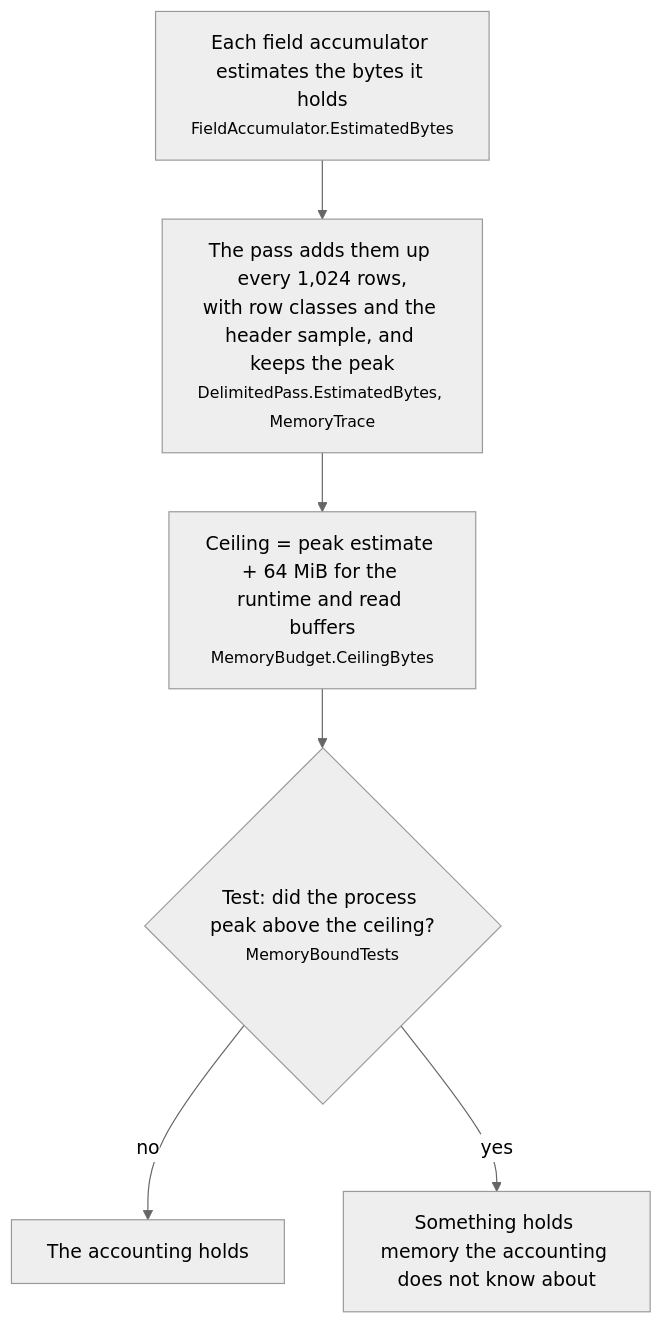
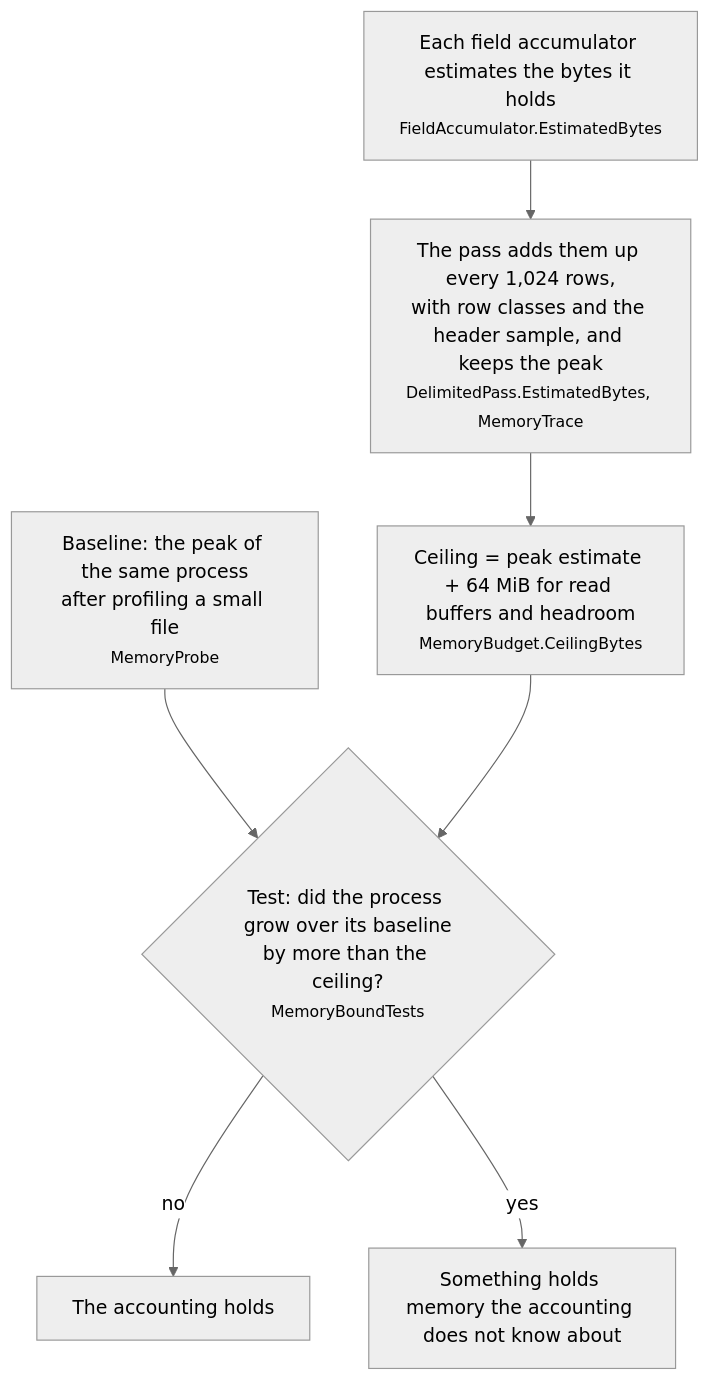
One commit to squalor-xyz/squalify changed diagram 14 of 27 in docs/how-it-works.md. Above: the diagram before and after it, drawn with Mermaid (neutral theme). The commit also changed other lines of this file and 36 other files, not shown here.

````diff
--- a/docs/how-it-works.md
+++ b/docs/how-it-works.md
@@ -219,8 +219,9 @@
 ```mermaid
 flowchart TD
     A["Each field accumulator estimates the bytes it holds<br/><small>FieldAccumulator.EstimatedBytes</small>"] --> Sum["The pass adds them up every 1,024 rows,<br/>with row classes and the header sample, and keeps the peak<br/><small>DelimitedPass.EstimatedBytes, MemoryTrace</small>"]
-    Sum --> Ce["Ceiling = peak estimate + 64 MiB for the runtime and read buffers<br/><small>MemoryBudget.CeilingBytes</small>"]
-    Ce --> T{"Test: did the process peak above the ceiling?<br/><small>MemoryBoundTests</small>"}
+    Sum --> Ce["Ceiling = peak estimate + 64 MiB for read buffers and headroom<br/><small>MemoryBudget.CeilingBytes</small>"]
+    Base["Baseline: the peak of the same process<br/>after profiling a small file<br/><small>MemoryProbe</small>"] --> T
+    Ce --> T{"Test: did the process grow over its baseline<br/>by more than the ceiling?<br/><small>MemoryBoundTests</small>"}
     T -- "no" --> Ok["The accounting holds"]
     T -- "yes" --> Leak["Something holds memory the accounting does not know about"]
 ```
````
